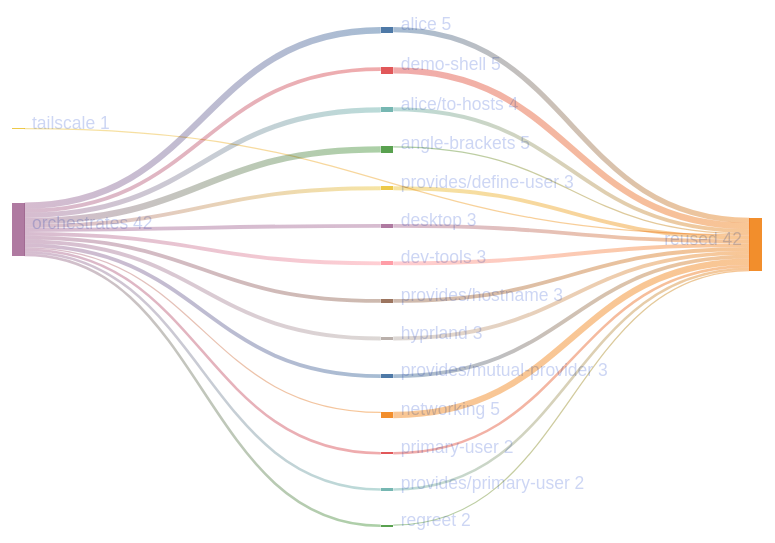
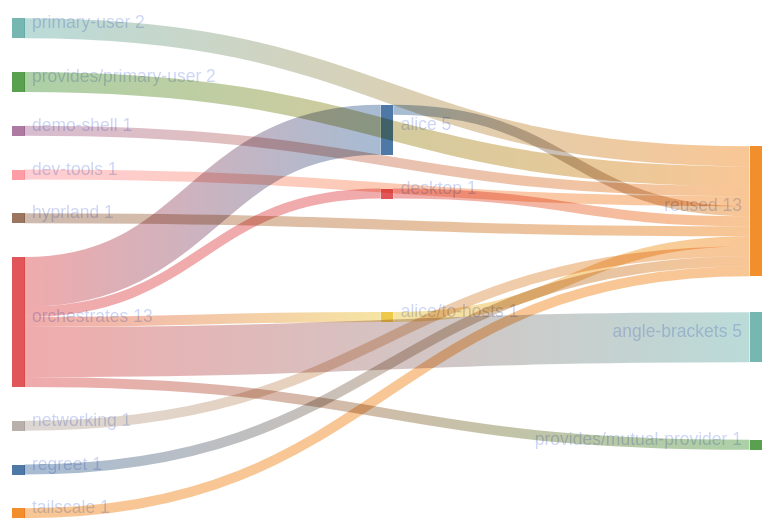
The diagram in templates/diag-fx-demo/diagrams/angle-brackets-fan.md (sini/den), drawn with Mermaid before and after one commit. The commit also changed 849 other files, not shown here.

Commit message:
chore: update fx diagrams

````diff
--- a/templates/diag-fx-demo/diagrams/angle-brackets-fan.md
+++ b/templates/diag-fx-demo/diagrams/angle-brackets-fan.md
@@ -5,34 +5,21 @@
 ```mermaid
 %%{init: {"theme":"base","themeVariables":{"activationBkgColor":"#313244","activationBorderColor":"#6c7086","actorBkg":"#313244","actorBorder":"#a6adc8","actorLineColor":"#a6adc8","actorTextColor":"#cdd6f4","background":"#1e1e2e","classText":"#cdd6f4","clusterBkg":"#313244","clusterBorder":"#6c7086","edgeLabelBackground":"#1e1e2e","labelBoxBkgColor":"#313244","labelBoxBorderColor":"#a6adc8","labelTextColor":"#cdd6f4","lineColor":"#a6adc8","loopTextColor":"#cdd6f4","mainBkg":"#313244","nodeBkg":"#313244","nodeBorder":"#a6adc8","nodeTextColor":"#cdd6f4","noteBkgColor":"#313244","noteBorderColor":"#6c7086","noteTextColor":"#cdd6f4","pie1":"#f38ba8","pie2":"#fab387","pie3":"#f9e2af","pie4":"#a6e3a1","pie5":"#94e2d5","pie6":"#89b4fa","pie7":"#cba6f7","pie8":"#f2cdcd","pieLegendTextColor":"#cdd6f4","pieOuterStrokeColor":"#6c7086","pieSectionTextColor":"#cdd6f4","pieStrokeColor":"#6c7086","pieTitleTextColor":"#cdd6f4","primaryBorderColor":"#a6adc8","primaryColor":"#313244","primaryTextColor":"#cdd6f4","secondBkg":"#313244","secondaryBorderColor":"#6c7086","secondaryColor":"#313244","secondaryTextColor":"#cdd6f4","sequenceNumberColor":"#1e1e2e","signalColor":"#a6adc8","signalTextColor":"#cdd6f4","tertiaryBorderColor":"#6c7086","tertiaryColor":"#313244","tertiaryTextColor":"#cdd6f4","textColor":"#cdd6f4","titleColor":"#cdd6f4"}}}%%
 sankey-beta
 
-"alice","reused",4
-"demo-shell","reused",5
-"alice/to-hosts","reused",3
-"angle-brackets","reused",1
-"provides/define-user","reused",3
-"desktop","reused",3
-"dev-tools","reused",3
-"provides/hostname","reused",3
-"hyprland","reused",3
-"provides/mutual-provider","reused",3
-"networking","reused",5
+"alice","reused",1
+"desktop","reused",1
 "primary-user","reused",2
 "provides/primary-user","reused",2
+"alice/to-hosts","reused",1
+"demo-shell","reused",1
+"dev-tools","reused",1
+"hyprland","reused",1
+"networking","reused",1
 "regreet","reused",1
 "tailscale","reused",1
 "orchestrates","alice",5
-"orchestrates","demo-shell",3
-"orchestrates","alice/to-hosts",4
 "orchestrates","angle-brackets",5
-"orchestrates","provides/define-user",3
-"orchestrates","desktop",3
-"orchestrates","dev-tools",3
-"orchestrates","provides/hostname",3
-"orchestrates","hyprland",3
-"orchestrates","provides/mutual-provider",3
-"orchestrates","networking",1
-"orchestrates","primary-user",2
-"orchestrates","provides/primary-user",2
-"orchestrates","regreet",2
+"orchestrates","desktop",1
+"orchestrates","alice/to-hosts",1
+"orchestrates","provides/mutual-provider",1
 ```
````
